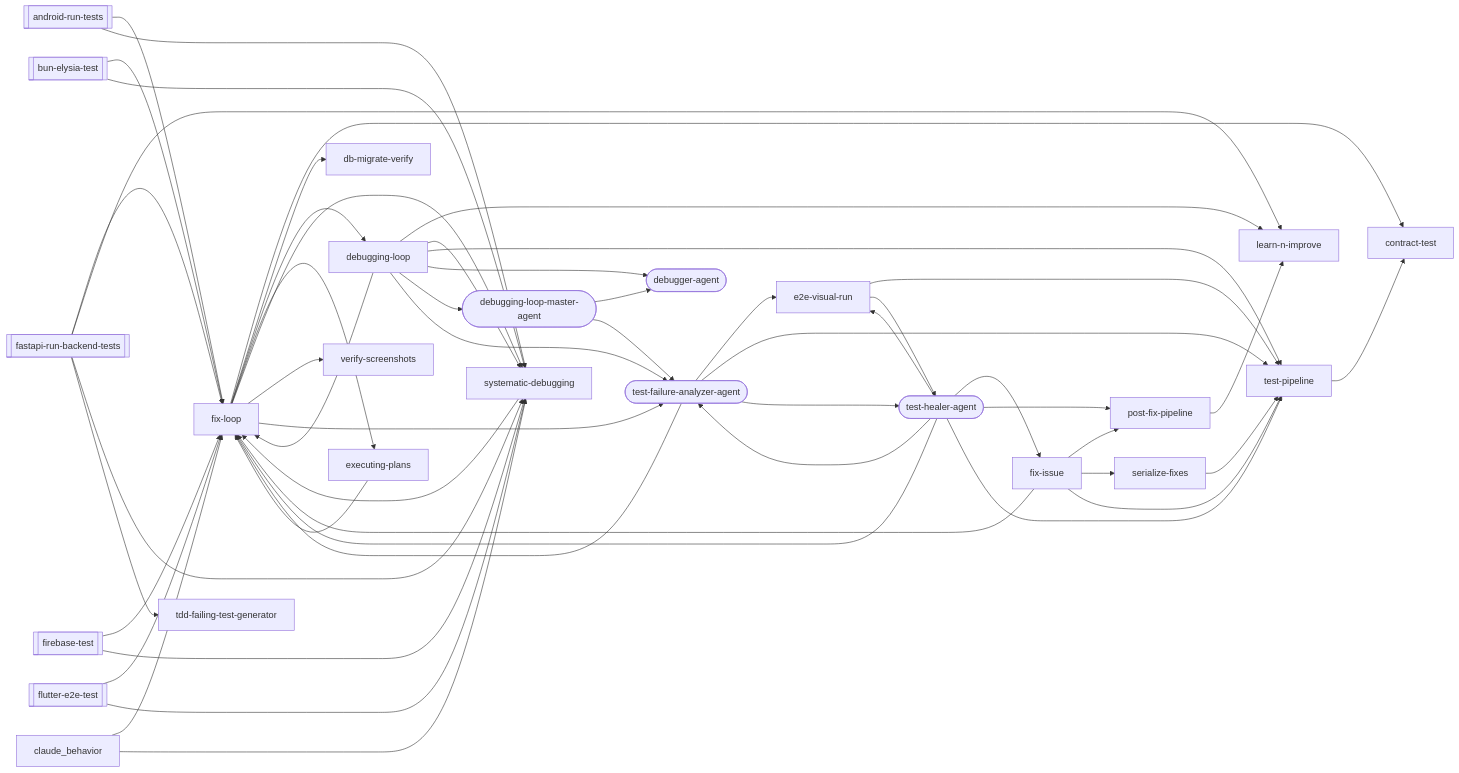
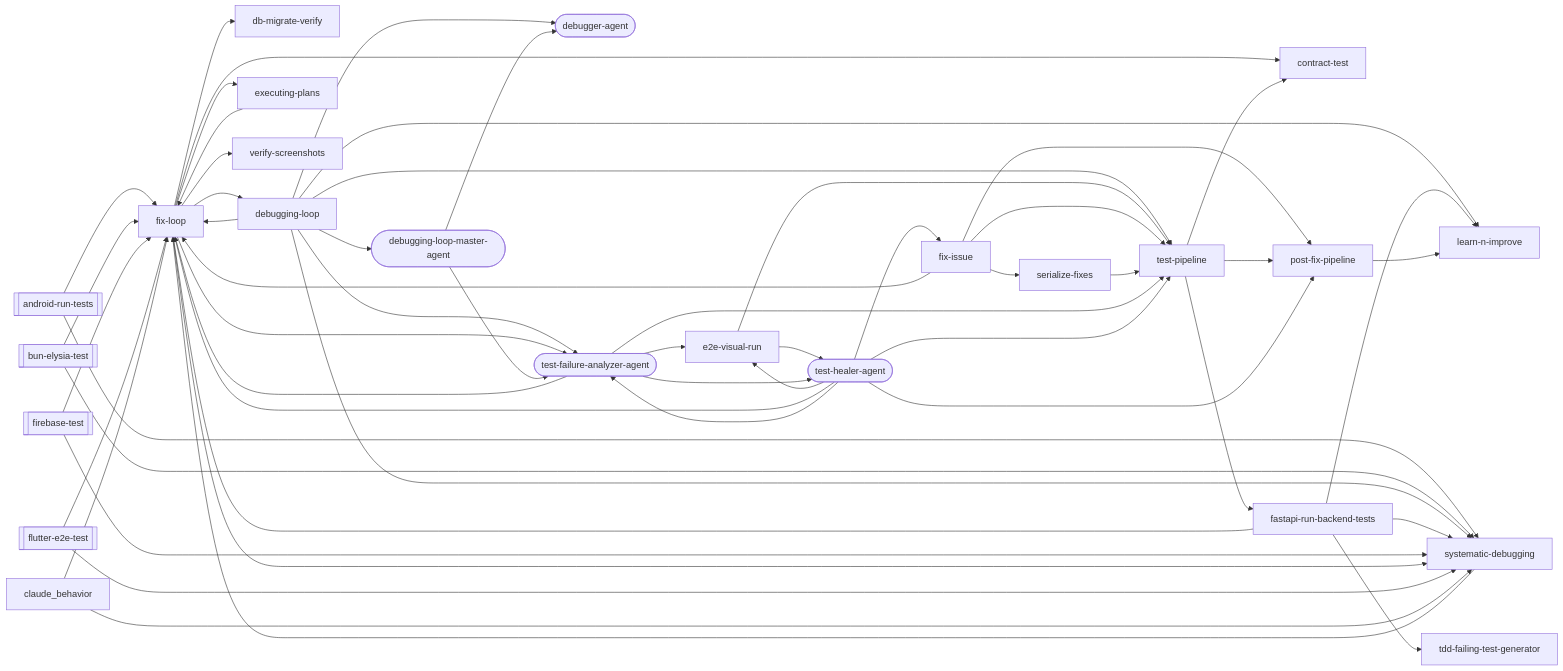
The third of 23 diagrams in docs/workflows/debugging-loop.md (abhayla/claude-best-practices), drawn with Mermaid before and after one commit. The commit also changed other lines of this file and 12 other files, not shown here.

````diff
--- a/docs/workflows/debugging-loop.md
+++ b/docs/workflows/debugging-loop.md
@@ -616,77 +633,79 @@
 ```mermaid
 graph LR
     android_run_tests[["android-run-tests"]]
     bun_elysia_test[["bun-elysia-test"]]
-    fastapi_run_backend_tests[["fastapi-run-backend-tests"]]
     firebase_test[["firebase-test"]]
     flutter_e2e_test[["flutter-e2e-test"]]
     contract_test["contract-test"]
     db_migrate_verify["db-migrate-verify"]
     debugger_agent(["debugger-agent"])
     debugging_loop["debugging-loop"]
     debugging_loop_master_agent(["debugging-loop-master-agent"])
     e2e_visual_run["e2e-visual-run"]
     executing_plans["executing-plans"]
+    fastapi_run_backend_tests["fastapi-run-backend-tests"]
     fix_issue["fix-issue"]
     fix_loop["fix-loop"]
     learn_n_improve["learn-n-improve"]
     post_fix_pipeline["post-fix-pipeline"]
     serialize_fixes["serialize-fixes"]
     systematic_debugging["systematic-debugging"]
     tdd_failing_test_generator["tdd-failing-test-generator"]
     test_failure_analyzer_agent(["test-failure-analyzer-agent"])
     test_healer_agent(["test-healer-agent"])
     test_pipeline["test-pipeline"]
     verify_screenshots["verify-screenshots"]
     android_run_tests --> fix_loop
     android_run_tests --> systematic_debugging
     bun_elysia_test --> fix_loop
     bun_elysia_test --> systematic_debugging
     debugging_loop --> fix_loop
     debugging_loop --> learn_n_improve
     debugging_loop --> systematic_debugging
     debugging_loop --> test_pipeline
     debugging_loop --> debugger_agent
     debugging_loop --> debugging_loop_master_agent
     debugging_loop --> test_failure_analyzer_agent
     e2e_visual_run --> test_pipeline
     e2e_visual_run --> test_healer_agent
     executing_plans --> fix_loop
     fastapi_run_backend_tests --> fix_loop
     fastapi_run_backend_tests --> learn_n_improve
     fastapi_run_backend_tests --> systematic_debugging
     fastapi_run_backend_tests --> tdd_failing_test_generator
     firebase_test --> fix_loop
     firebase_test --> systematic_debugging
     fix_issue --> fix_loop
     fix_issue --> post_fix_pipeline
     fix_issue --> serialize_fixes
     fix_issue --> test_pipeline
     fix_loop --> contract_test
     fix_loop --> db_migrate_verify
     fix_loop --> debugging_loop
     fix_loop --> executing_plans
     fix_loop --> systematic_debugging
     fix_loop --> verify_screenshots
     fix_loop --> test_failure_analyzer_agent
     flutter_e2e_test --> fix_loop
     flutter_e2e_test --> systematic_debugging
     post_fix_pipeline --> learn_n_improve
     serialize_fixes --> test_pipeline
     systematic_debugging --> fix_loop
     test_pipeline --> contract_test
+    test_pipeline --> fastapi_run_backend_tests
+    test_pipeline --> post_fix_pipeline
     debugging_loop_master_agent --> debugger_agent
     debugging_loop_master_agent --> test_failure_analyzer_agent
     test_failure_analyzer_agent --> e2e_visual_run
     test_failure_analyzer_agent --> fix_loop
     test_failure_analyzer_agent --> test_pipeline
     test_failure_analyzer_agent --> test_healer_agent
     test_healer_agent --> e2e_visual_run
     test_healer_agent --> fix_issue
     test_healer_agent --> fix_loop
     test_healer_agent --> post_fix_pipeline
     test_healer_agent --> test_pipeline
     test_healer_agent --> test_failure_analyzer_agent
     claude_behavior --> fix_loop
     claude_behavior --> systematic_debugging
 ```
````
